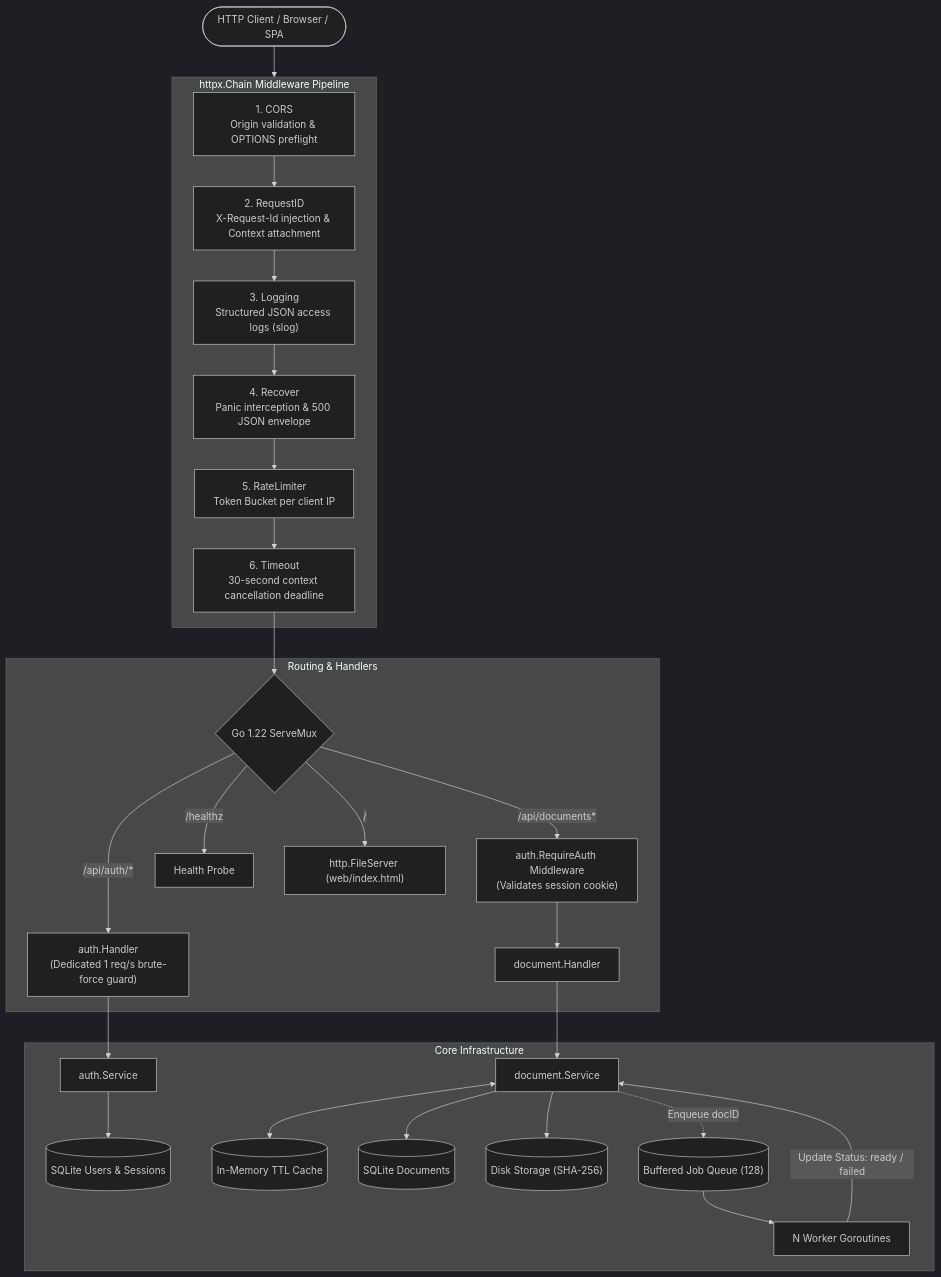
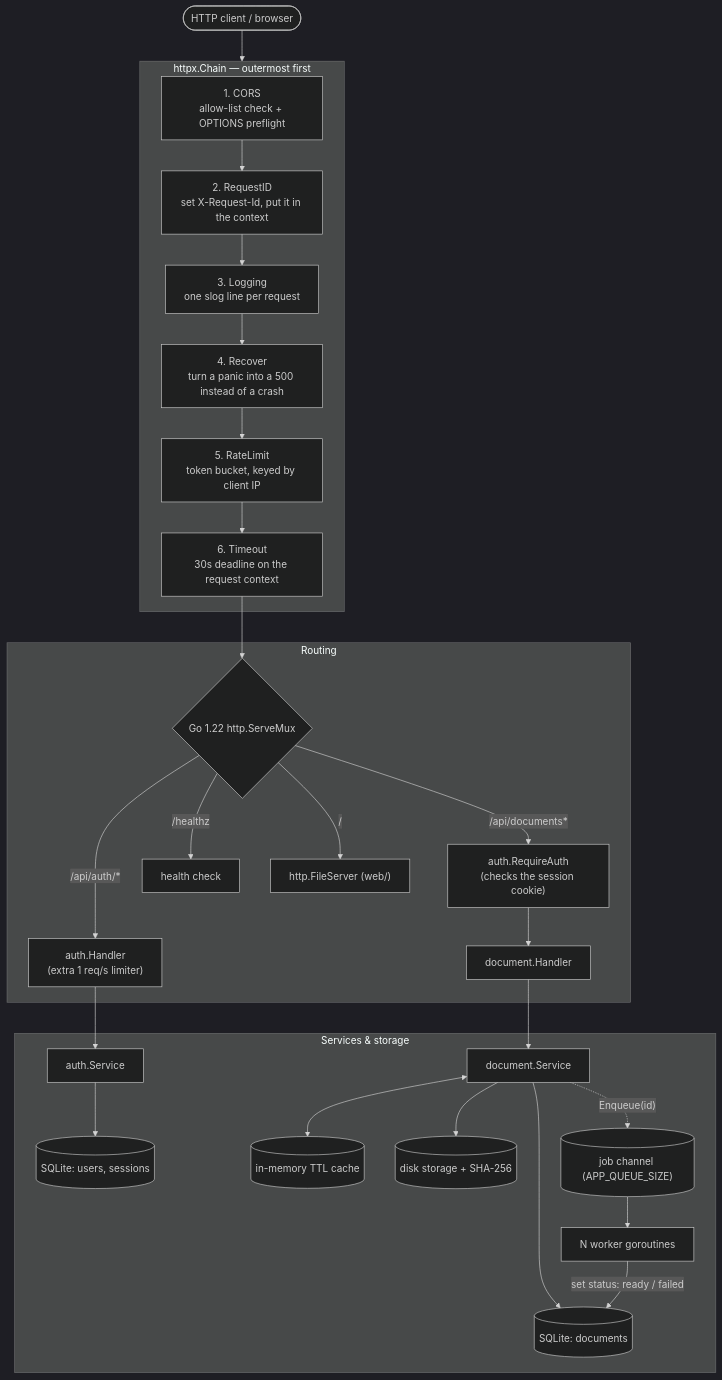
The first of 2 diagrams in resources/FLOW.md (nhhthong/godocs), drawn with Mermaid (dark theme) before and after one commit. The commit also changed other lines of this file and 28 other files, not shown here.

````diff
--- a/resources/FLOW.md
+++ b/resources/FLOW.md
@@ -48,33 +56,33 @@
 ```mermaid
 flowchart TD
-    Client([HTTP Client / Browser / SPA]) --> IngressPipe
+    Client([HTTP client / browser]) --> Pipe
 
-    subgraph IngressPipe ["httpx.Chain Middleware Pipeline"]
-        M1["1. CORS<br/>Origin validation & OPTIONS preflight"] --> M2["2. RequestID<br/>X-Request-Id injection & Context attachment"]
-        M2 --> M3["3. Logging<br/>Structured JSON access logs (slog)"]
-        M3 --> M4["4. Recover<br/>Panic interception & 500 JSON envelope"]
-        M4 --> M5["5. RateLimiter<br/>Token Bucket per client IP"]
-        M5 --> M6["6. Timeout<br/>30-second context cancellation deadline"]
+    subgraph Pipe ["httpx.Chain — outermost first"]
+        M1["1. CORS<br/>allow-list check + OPTIONS preflight"] --> M2["2. RequestID<br/>set X-Request-Id, put it in the context"]
+        M2 --> M3["3. Logging<br/>one slog line per request"]
+        M3 --> M4["4. Recover<br/>turn a panic into a 500 instead of a crash"]
+        M4 --> M5["5. RateLimit<br/>token bucket, keyed by client IP"]
+        M5 --> M6["6. Timeout<br/>30s deadline on the request context"]
     end
 
-    M6 --> Router{Go 1.22 ServeMux}
+    M6 --> Router{Go 1.22 http.ServeMux}
 
-    subgraph Endpoints ["Routing & Handlers"]
-        Router -->|"/api/auth/*"| AuthH["auth.Handler<br/>(Dedicated 1 req/s brute-force guard)"]
-        Router -->|"/api/documents*"| AuthGuard["auth.RequireAuth Middleware<br/>(Validates session cookie)"]
-        AuthGuard --> DocH["document.Handler"]
-        Router -->|"/healthz"| HealthH["Health Probe"]
-        Router -->|"/"| FileSrv["http.FileServer (web/index.html)"]
+    subgraph Routes ["Routing"]
+        Router -->|"/api/auth/*"| AuthH["auth.Handler<br/>(extra 1 req/s limiter)"]
+        Router -->|"/api/documents*"| Guard["auth.RequireAuth<br/>(checks the session cookie)"]
+        Guard --> DocH["document.Handler"]
+        Router -->|"/healthz"| HealthH["health check"]
+        Router -->|"/"| FileSrv["http.FileServer (web/)"]
     end
 
-    subgraph StorageAndCore ["Core Infrastructure"]
-        AuthH --> AuthSvc["auth.Service"] --> AuthRepo[("SQLite Users & Sessions")]
+    subgraph Core ["Services & storage"]
+        AuthH --> AuthSvc["auth.Service"] --> AuthDB[("SQLite: users, sessions")]
         DocH --> DocSvc["document.Service"]
-        DocSvc <--> DocCache[("In-Memory TTL Cache")]
-        DocSvc --> DocRepo[("SQLite Documents")]
-        DocSvc --> LocalBlobs[("Disk Storage (SHA-256)")]
-        DocSvc -.->|Enqueue docID| WorkerQueue[("Buffered Job Queue (128)")]
-        WorkerQueue --> WorkerPool["N Worker Goroutines"]
-        WorkerPool -->|Update Status: ready / failed| DocSvc
+        DocSvc <--> DocCache[("in-memory TTL cache")]
+        DocSvc --> DocDB[("SQLite: documents")]
+        DocSvc --> Blobs[("disk storage + SHA-256")]
+        DocSvc -.->|"Enqueue(id)"| Queue[("job channel (APP_QUEUE_SIZE)")]
+        Queue --> Workers["N worker goroutines"]
+        Workers -->|"set status: ready / failed"| DocDB
     end
 ```
````
